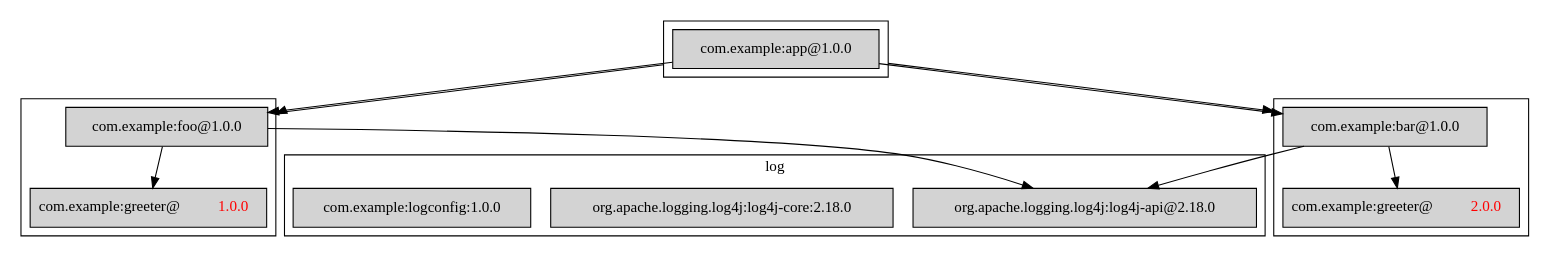
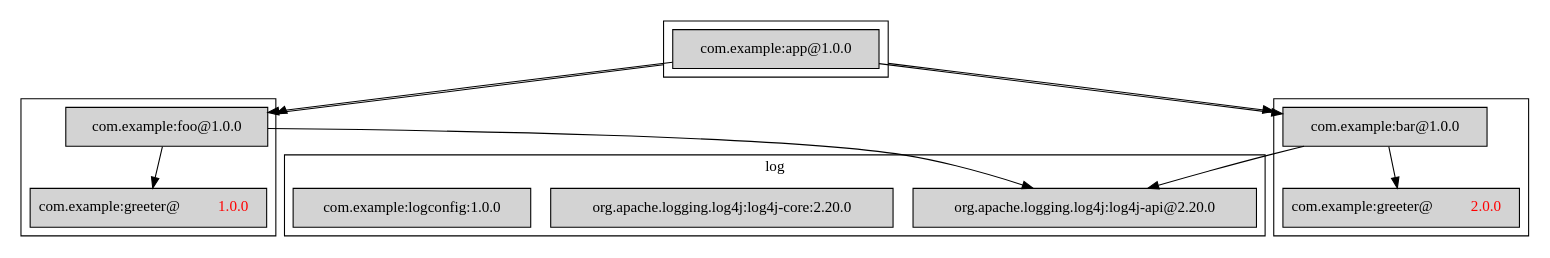
One commit to moditect/layrry changed the diagram in images/example.dot. Above: the diagram before and after it, drawn with Graphviz. The commit also changed 17 other files, not shown here.

```diff
--- a/images/example.dot
+++ b/images/example.dot
@@ -1,45 +1,45 @@
 
 
 
 digraph "package dependencies"
 {
     node [shape=box]
     compound=true;
     
     subgraph cluster_log {
         node [style=filled];
-        "org.apache.logging.log4j:log4j-api@2.18.0"
-        "org.apache.logging.log4j:log4j-core:2.18.0"
+        "org.apache.logging.log4j:log4j-api@2.20.0"
+        "org.apache.logging.log4j:log4j-core:2.20.0"
         "com.example:logconfig:1.0.0"
     	label = "log";
     }
     
     subgraph cluster_foo {
         node [style=filled];
         
         
         "com.example:foo@1.0.0";
         "com.example:greeter@1.0.0" [label=<com.example:greeter@<font color='red'>1.0.0</font>>];
         
-        "com.example:foo@1.0.0" -> "org.apache.logging.log4j:log4j-api@2.18.0";
+        "com.example:foo@1.0.0" -> "org.apache.logging.log4j:log4j-api@2.20.0";
         "com.example:foo@1.0.0" -> "com.example:greeter@1.0.0";
     }
     
     subgraph cluster_bar {
         node [style=filled];
         
         "com.example:greeter@2.0.0" [label=<com.example:greeter@<font color='red'>2.0.0</font>>];
-        "com.example:bar@1.0.0" -> "org.apache.logging.log4j:log4j-api@2.18.0";
+        "com.example:bar@1.0.0" -> "org.apache.logging.log4j:log4j-api@2.20.0";
         "com.example:bar@1.0.0" -> "com.example:greeter@2.0.0";
     }
     
     subgraph cluster_app {
         node [style=filled];
         
         "com.example:app@1.0.0"  -> "com.example:foo@1.0.0";
         "com.example:app@1.0.0"  -> "com.example:bar@1.0.0";
         
         "com.example:app@1.0.0"  -> "com.example:foo@1.0.0" [ltail=cluster_app,lhead=cluster_foo];
         "com.example:app@1.0.0"  -> "com.example:bar@1.0.0" [ltail=cluster_app,lhead=cluster_bar];
     }
 }
```
